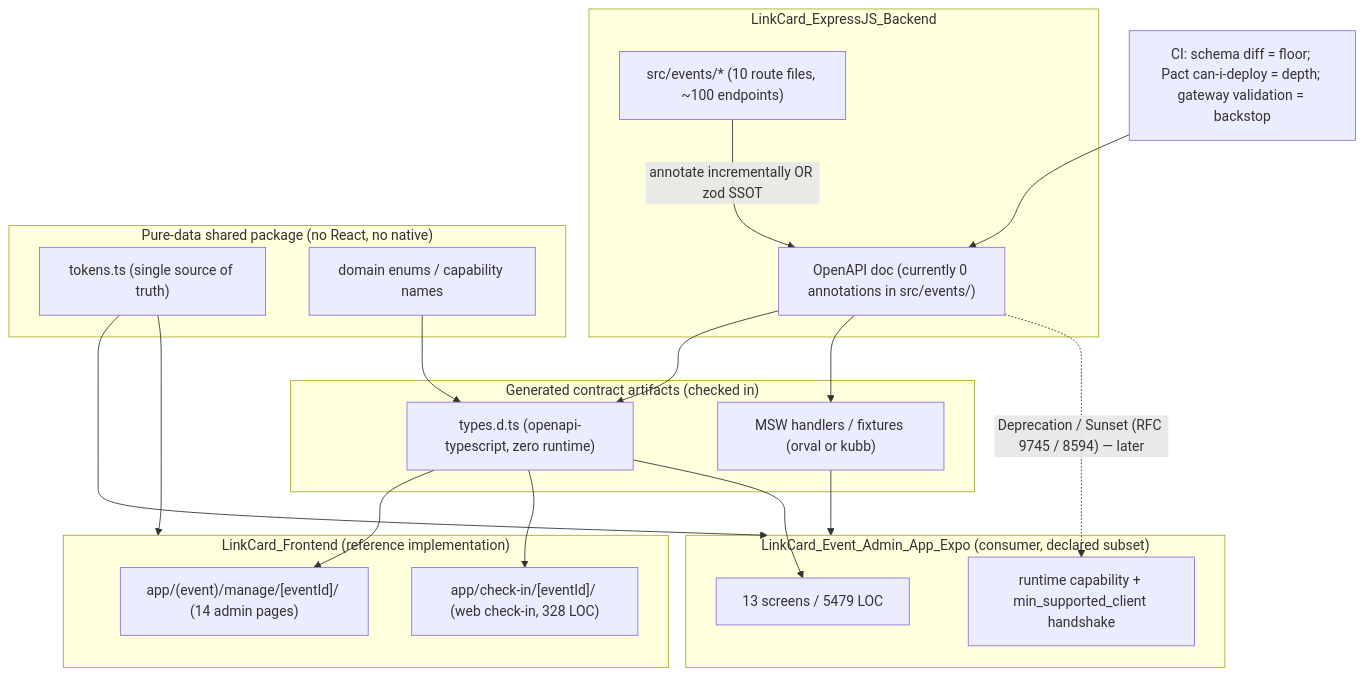
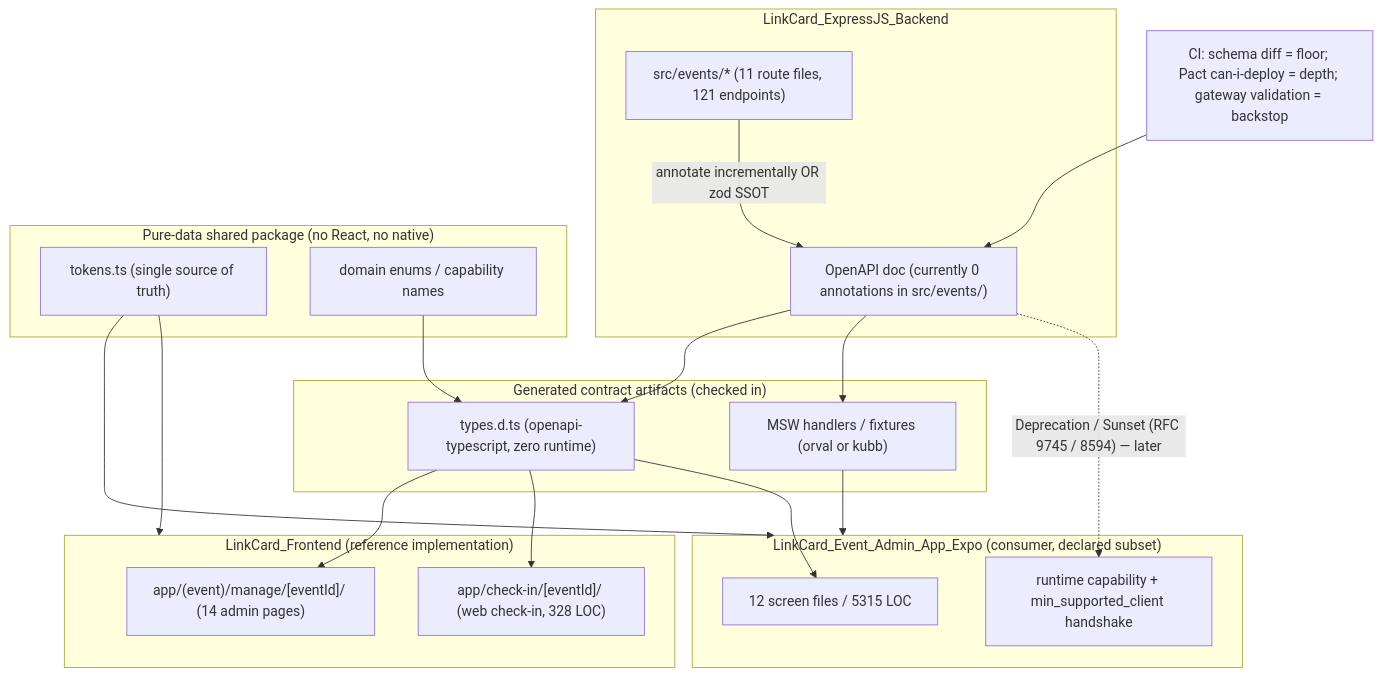
The diagram in docs/analysis/adminapp-parity-20261015/02-industry-research.md (Chonwai/NFC_LinkCard_Event_Admin_App_Expo), drawn with Mermaid before and after one commit. The commit also changed other lines of this file, not shown here.

Commit message:
docs(adminapp): correct the research report counts, the unsourced Apple figure and the NFC tiering

````diff
--- a/docs/analysis/adminapp-parity-20261015/02-industry-research.md
+++ b/docs/analysis/adminapp-parity-20261015/02-industry-research.md
@@ -1048,41 +1047,41 @@
 ```mermaid
 flowchart TB
   subgraph BE["LinkCard_ExpressJS_Backend"]
-    R["src/events/* (10 route files, ~100 endpoints)"]
+    R["src/events/* (11 route files, 121 endpoints)"]
     S["OpenAPI doc (currently 0 annotations in src/events/)"]
     R -->|"annotate incrementally OR zod SSOT"| S
   end
 
   subgraph ART["Generated contract artifacts (checked in)"]
     T["types.d.ts (openapi-typescript, zero runtime)"]
     M["MSW handlers / fixtures (orval or kubb)"]
   end
   S --> T
   S --> M
 
   subgraph FE["LinkCard_Frontend (reference implementation)"]
     WEB["app/(event)/manage/[eventId]/ (14 admin pages)"]
     WCHK["app/check-in/[eventId]/ (web check-in, 328 LOC)"]
   end
 
   subgraph APP["LinkCard_Event_Admin_App_Expo (consumer, declared subset)"]
-    NAV["13 screens / 5479 LOC"]
+    NAV["12 screen files / 5315 LOC"]
     GATE["runtime capability + min_supported_client handshake"]
   end
 
   T --> WEB
   T --> WCHK
   T --> NAV
   M --> APP
   S -.->|"Deprecation / Sunset (RFC 9745 / 8594) — later"| GATE
 
   subgraph SHARED["Pure-data shared package (no React, no native)"]
     TOK["tokens.ts (single source of truth)"]
     SCH["domain enums / capability names"]
   end
   TOK --> APP
   TOK --> FE
   SCH --> T
 
   CI["CI: schema diff = floor; Pact can-i-deploy = depth; gateway validation = backstop"] --> S
 ```
````
